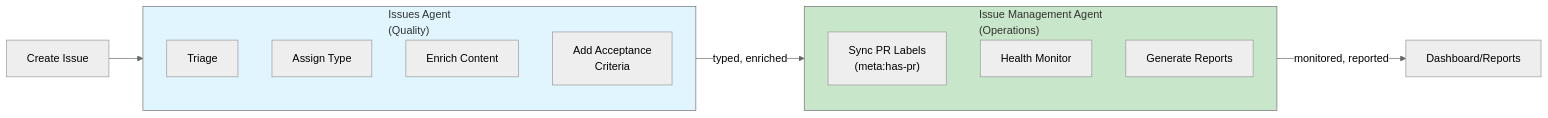
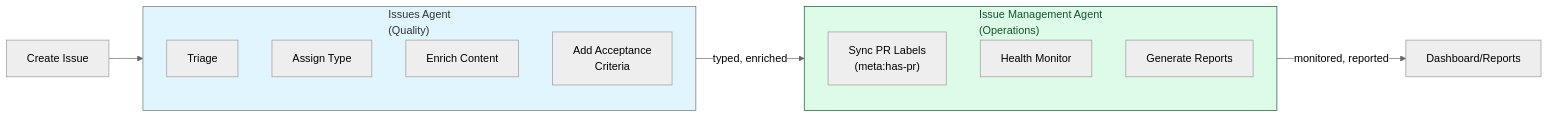
One commit to lightspeedwp/.github changed the diagram in .github/projects/active/issue-management-agent-planning-2026-08-12/INTEGRATION_WITH_EXISTING_AGENTS.md. Above: the diagram before and after it, drawn with Mermaid (neutral theme). The commit also changed 181 other files, not shown here.

Commit message:
docs: maintenance updates (Mermaid + staleness)

````diff
--- a/.github/projects/active/issue-management-agent-planning-2026-08-12/INTEGRATION_WITH_EXISTING_AGENTS.md
+++ b/.github/projects/active/issue-management-agent-planning-2026-08-12/INTEGRATION_WITH_EXISTING_AGENTS.md
@@ -87,26 +87,26 @@
 ```mermaid
 graph LR
     accTitle: Integration Pattern - Complementary Operations
     accDescr: Two-agent workflow showing Issues Agent (quality triage and enrichment) and Issue Management Agent (operations and monitoring) working on the same issue from different angles
     Issue["Create Issue"]
     
     subgraph IssuAgent["Issues Agent<br/>(Quality)"]
         Triage["Triage"]
         Type["Assign Type"]
         Enrich["Enrich Content"]
         AC["Add Acceptance<br/>Criteria"]
     end
     
     subgraph MgmtAgent["Issue Management Agent<br/>(Operations)"]
         SyncPR["Sync PR Labels<br/>(meta:has-pr)"]
         Monitor["Health Monitor"]
         Report["Generate Reports"]
     end
     
     Issue --> IssuAgent
     IssuAgent --> |typed, enriched| MgmtAgent
     MgmtAgent --> |monitored, reported| Dashboard["Dashboard/Reports"]
     
     style IssuAgent fill:#e1f5ff
-    style MgmtAgent fill:#c8e6c9
+    style MgmtAgent fill:#dcfce7,color:#14532d,stroke:#14532d
 ```
````
